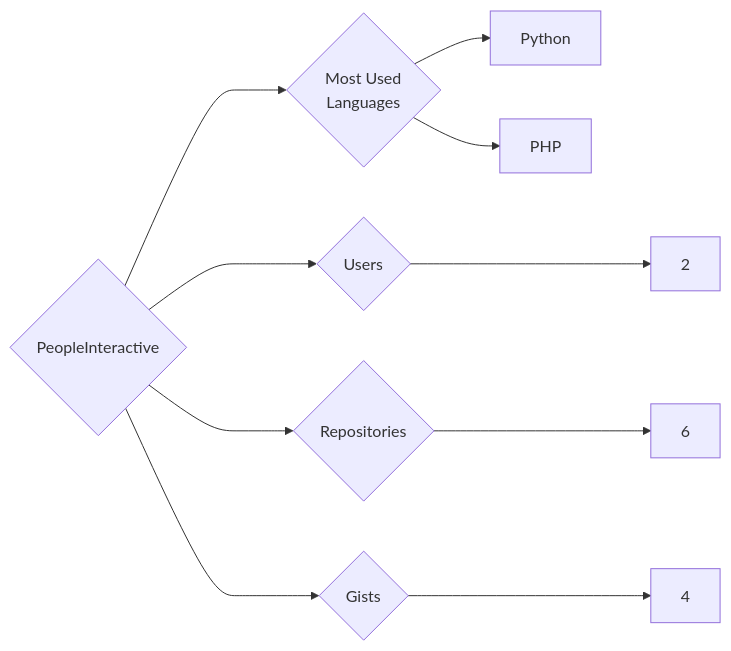
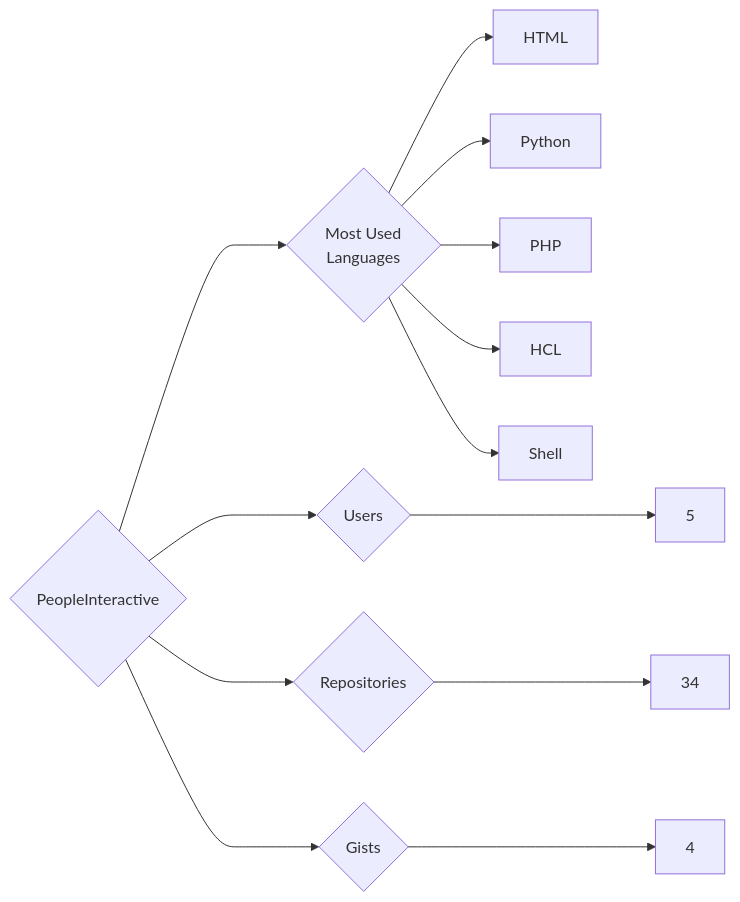
Before and after one commit to trickest/insiders: the diagram in targets/PeopleInteractive/README.md, drawn with Mermaid. The commit also changed 799 other files, not shown here.

````diff
--- a/targets/PeopleInteractive/README.md
+++ b/targets/PeopleInteractive/README.md
@@ -3,10 +3,13 @@
 ```mermaid
 graph LR
 COMPANY_NAME{PeopleInteractive}
-COMPANY_NAME ---> U{Users} ---> UN[2]
-COMPANY_NAME ---> R{Repositories} ---> RN[6]
+COMPANY_NAME ---> U{Users} ---> UN[5]
+COMPANY_NAME ---> R{Repositories} ---> RN[34]
 COMPANY_NAME ---> G{Gists} ---> GN[4]
 COMPANY_NAME ---> ML{Most Used<br>Languages}
+ML --> HTML[HTML]
 ML --> Python[Python]
 ML --> PHP[PHP]
+ML --> HCL[HCL]
+ML --> Shell[Shell]
 ```
````
